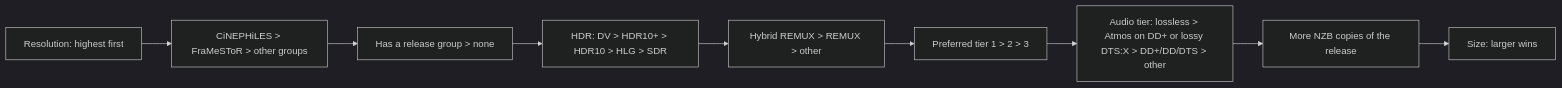
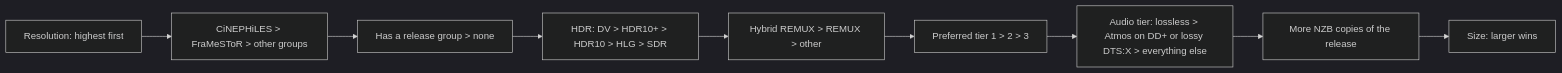
One commit to Appz4Fun/NeNeTeePee-Stream-Kodi changed the second of 2 diagrams in docs-site/how-it-works/search-pipeline.md. Above: the diagram before and after it, drawn with Mermaid (dark theme). The commit also changed 5 other files, not shown here.

First line of the commit message:
Rank DD+, DD and plain DTS in the lowest audio tier, beside an untagged name (#579)

````diff
--- a/docs-site/how-it-works/search-pipeline.md
+++ b/docs-site/how-it-works/search-pipeline.md
@@ -146,12 +146,12 @@
 ```mermaid
 flowchart LR
     A[Resolution: highest first]
     A --> P[CiNEPHiLES > FraMeSToR > other groups]
     P --> G[Has a release group > none]
     G --> B[HDR: DV > HDR10+ > HDR10 > HLG > SDR]
     B --> R[Hybrid REMUX > REMUX > other]
     R --> C[Preferred tier 1 > 2 > 3]
-    C --> D[Audio tier: lossless > Atmos on DD+ or lossy DTS:X > DD+/DD/DTS > other]
+    C --> D[Audio tier: lossless > Atmos on DD+ or lossy DTS:X > everything else]
     D --> N[More NZB copies of the release]
     N --> E[Size: larger wins]
 ```
````
